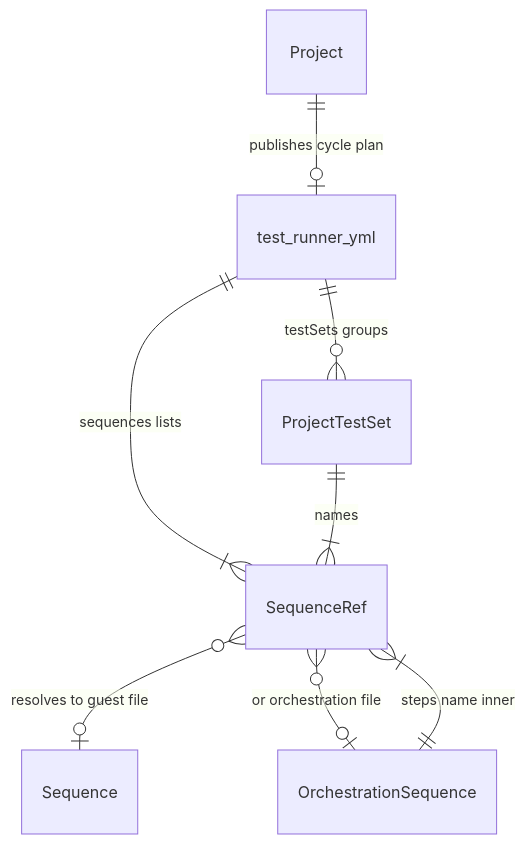
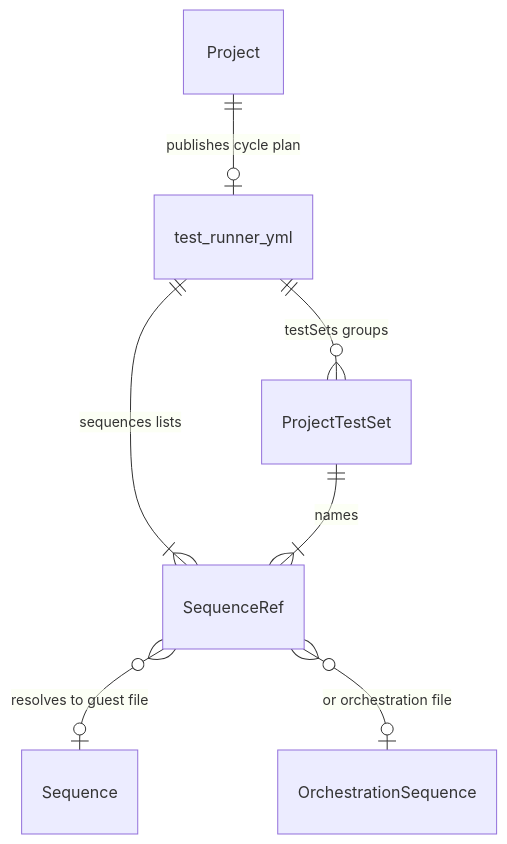
Before and after one commit to alissonsol/yuruna: the sixth of 14 diagrams in docs/design/05-data-model.md, drawn with Mermaid. The commit also changed other lines of this file and 752 other files, not shown here.

````diff
--- a/docs/design/05-data-model.md
+++ b/docs/design/05-data-model.md
@@ -242,10 +380,9 @@
 ```mermaid
 erDiagram
     Project ||--o| test_runner_yml : "publishes cycle plan"
     test_runner_yml ||--|{ SequenceRef : "sequences lists"
     test_runner_yml ||--o{ ProjectTestSet : "testSets groups"
     ProjectTestSet ||--|{ SequenceRef : "names"
     SequenceRef }o--o| Sequence : "resolves to guest file"
     SequenceRef }o--o| OrchestrationSequence : "or orchestration file"
-    OrchestrationSequence ||--|{ SequenceRef : "steps name inner"
 ```
````
